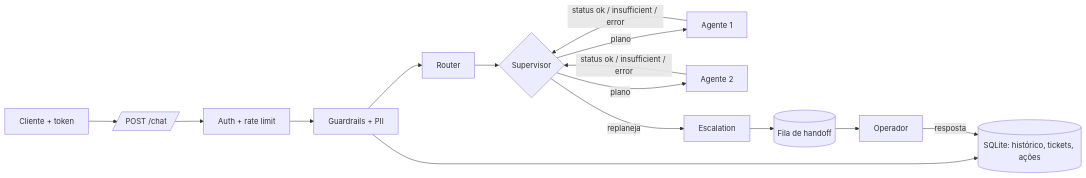
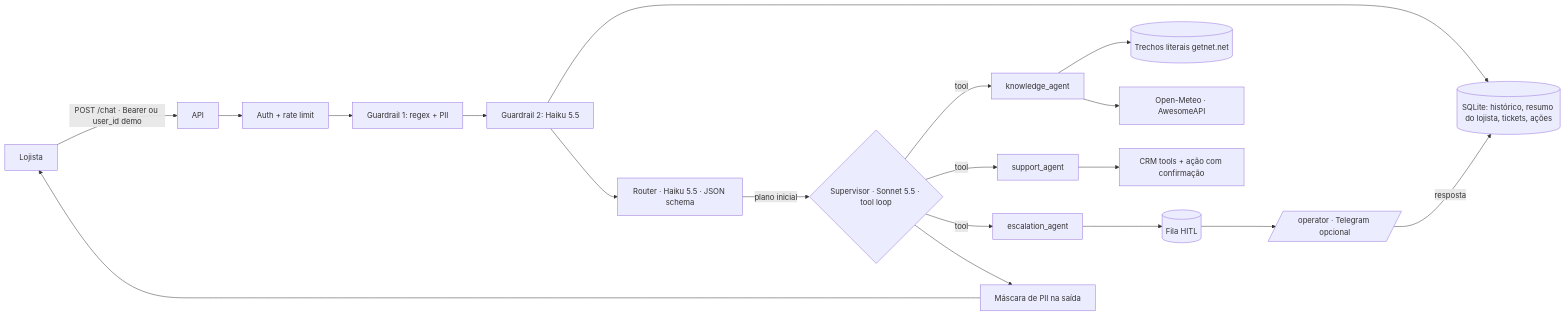
The first of 2 diagrams in README.md (maathmartins-ux/getnet-agents-v2), drawn with Mermaid before and after one commit. The commit also changed other lines of this file and 2 other files, not shown here.

Commit message:
docs: README com arquitetura, RAG, supervisor, segurança; fill_readme com blocos ao vivo e juiz

````diff
--- a/README.md
+++ b/README.md
@@ -28,9 +57,17 @@
 ```mermaid
 flowchart LR
-  U[Cliente + token] --> API[/POST /chat/] --> RL[Auth + rate limit] --> G[Guardrails + PII]
-  G --> M[(SQLite: histórico, tickets, ações)]
-  G --> R[Router] --> S{Supervisor}
-  S -->|plano| A1[Agente 1] & A2[Agente 2]
-  A1 & A2 -->|status ok / insufficient / error| S
-  S -->|replaneja| E[Escalation] --> Q[(Fila de handoff)] --> OP[Operador] -->|resposta| M
+  C[Lojista] -->|POST /chat · Bearer ou user_id demo| API
+  API --> AU[Auth + rate limit] --> G1[Guardrail 1: regex + PII]
+  G1 --> G2[Guardrail 2: Haiku 5.5]
+  G2 --> MEM[(SQLite: histórico, resumo do lojista, tickets, ações)]
+  G2 --> R[Router · Haiku 5.5 · JSON schema]
+  R -->|plano inicial| S{Supervisor · Sonnet 5.5 · tool loop}
+  S -->|tool| K[knowledge_agent]
+  S -->|tool| SU[support_agent]
+  S -->|tool| E[escalation_agent]
+  K --> RAG[(Trechos literais getnet.net)]
+  K --> WEB[Open-Meteo · AwesomeAPI]
+  SU --> CRM[CRM tools + ação com confirmação]
+  E --> Q[(Fila HITL)] --> OP[/operator · Telegram opcional/] -->|resposta| MEM
+  S --> OUT[Máscara de PII na saída] --> C
 ```
````
